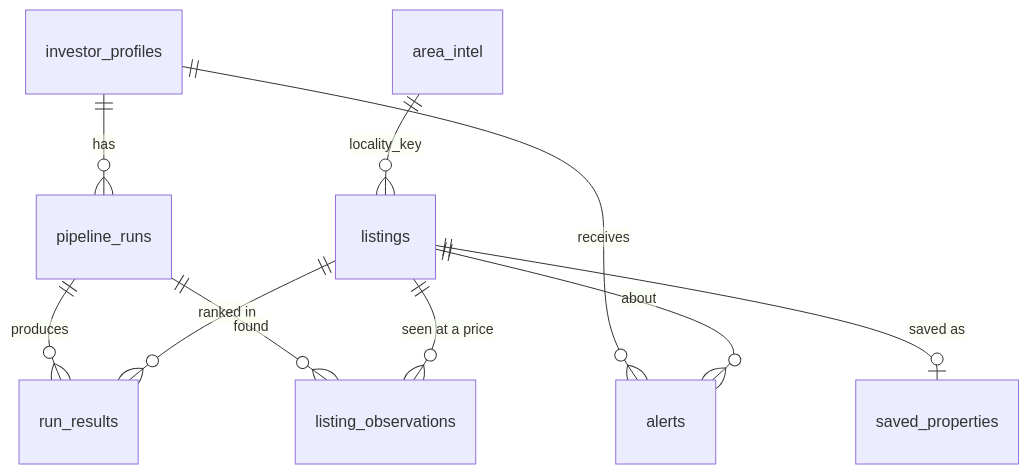
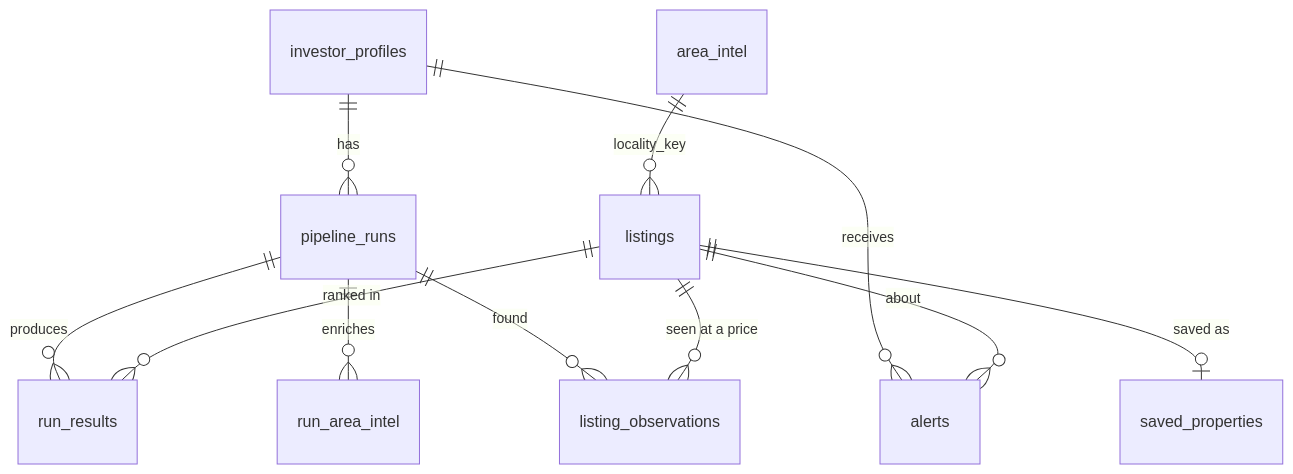
Before and after one commit to mrinesh/SerpAPI_Hack: the diagram in docs/DATA_MODEL.md, drawn with Mermaid. The commit also changed other lines of this file and 47 other files, not shown here.

````diff
--- a/docs/DATA_MODEL.md
+++ b/docs/DATA_MODEL.md
@@ -78,12 +79,13 @@
 ```mermaid
 erDiagram
     investor_profiles ||--o{ pipeline_runs : "has"
     investor_profiles ||--o{ alerts : "receives"
     pipeline_runs ||--o{ run_results : "produces"
+    pipeline_runs ||--o{ run_area_intel : "enriches"
     listings ||--o{ run_results : "ranked in"
     pipeline_runs ||--o{ listing_observations : "found"
     listings ||--o{ listing_observations : "seen at a price"
     listings ||--o| saved_properties : "saved as"
     listings ||--o{ alerts : "about"
     area_intel ||--o{ listings : "locality_key"
 ```
````
